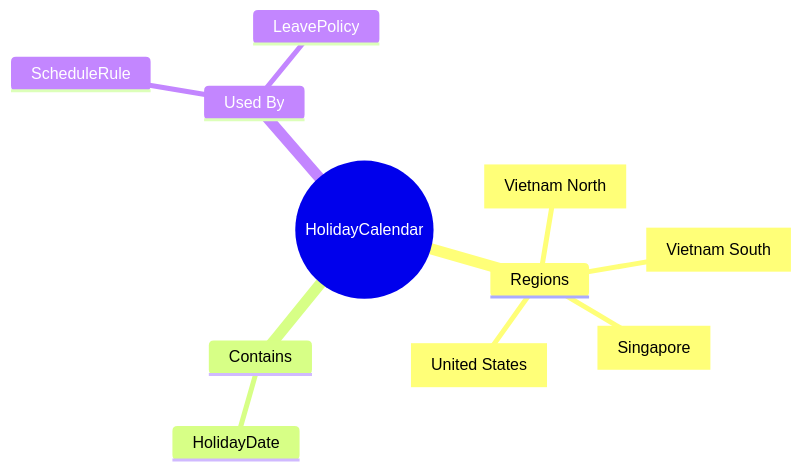
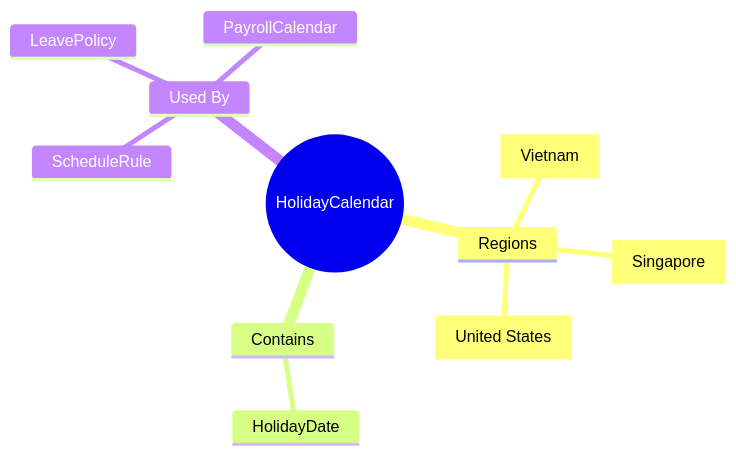
One commit to a4b-corporation/xTalent changed the first of 4 diagrams in docs/01-modules/TA/00-ontology/domain/scheduling/holiday-calendar.onto.md. Above: the diagram before and after it, drawn with Mermaid. The commit also changed other lines of this file and 12 other files, not shown here.

````diff
--- a/docs/01-modules/TA/00-ontology/domain/scheduling/holiday-calendar.onto.md
+++ b/docs/01-modules/TA/00-ontology/domain/scheduling/holiday-calendar.onto.md
@@ -91,14 +101,14 @@
 ```mermaid
 mindmap
   root((HolidayCalendar))
     Regions
-      VN-N["Vietnam North"]
-      VN-S["Vietnam South"]
+      VN["Vietnam"]
       SG["Singapore"]
       US["United States"]
     Contains
       HolidayDate
     Used By
       ScheduleRule
       LeavePolicy
+      PayrollCalendar
 ```
````
